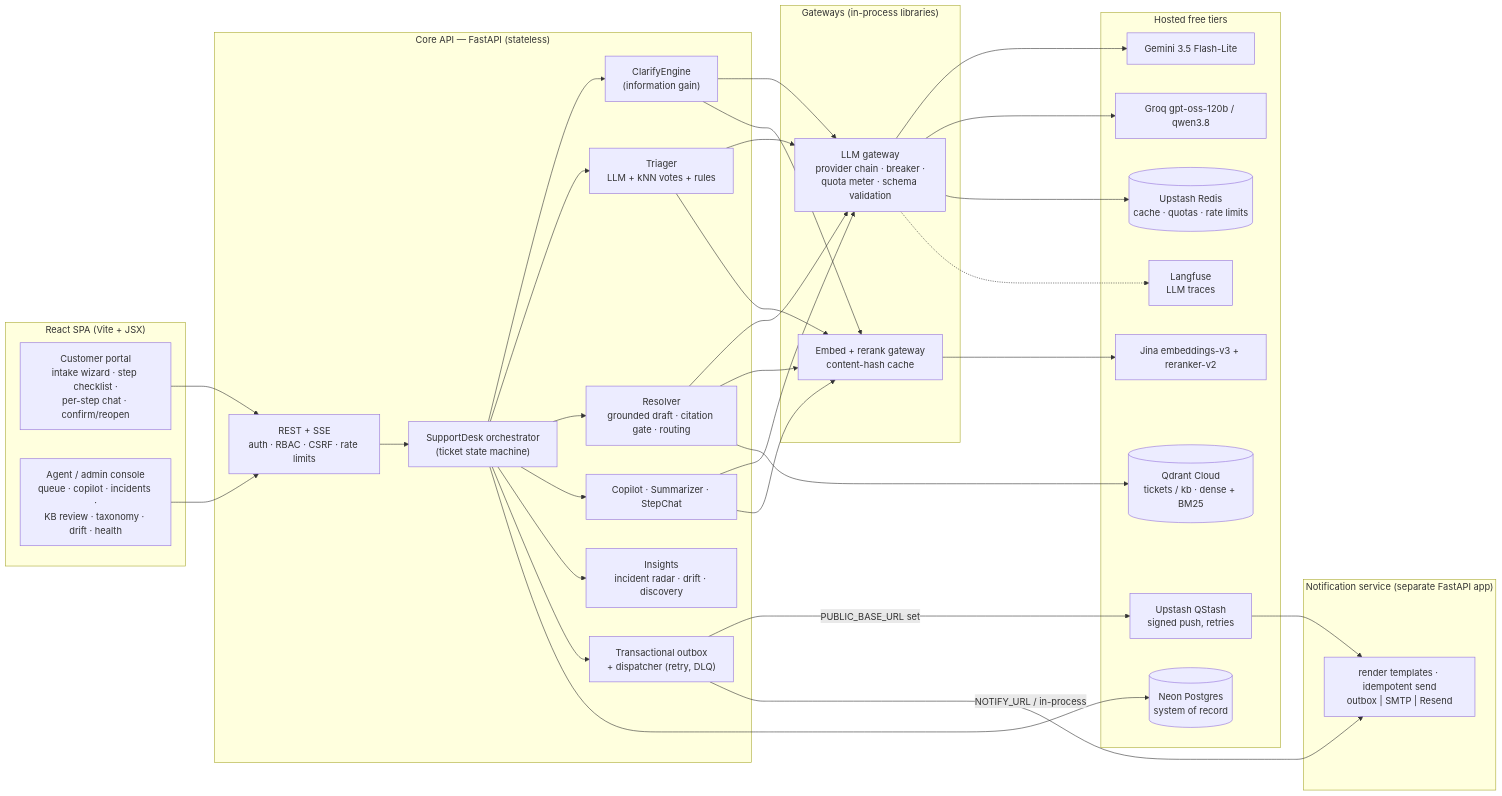
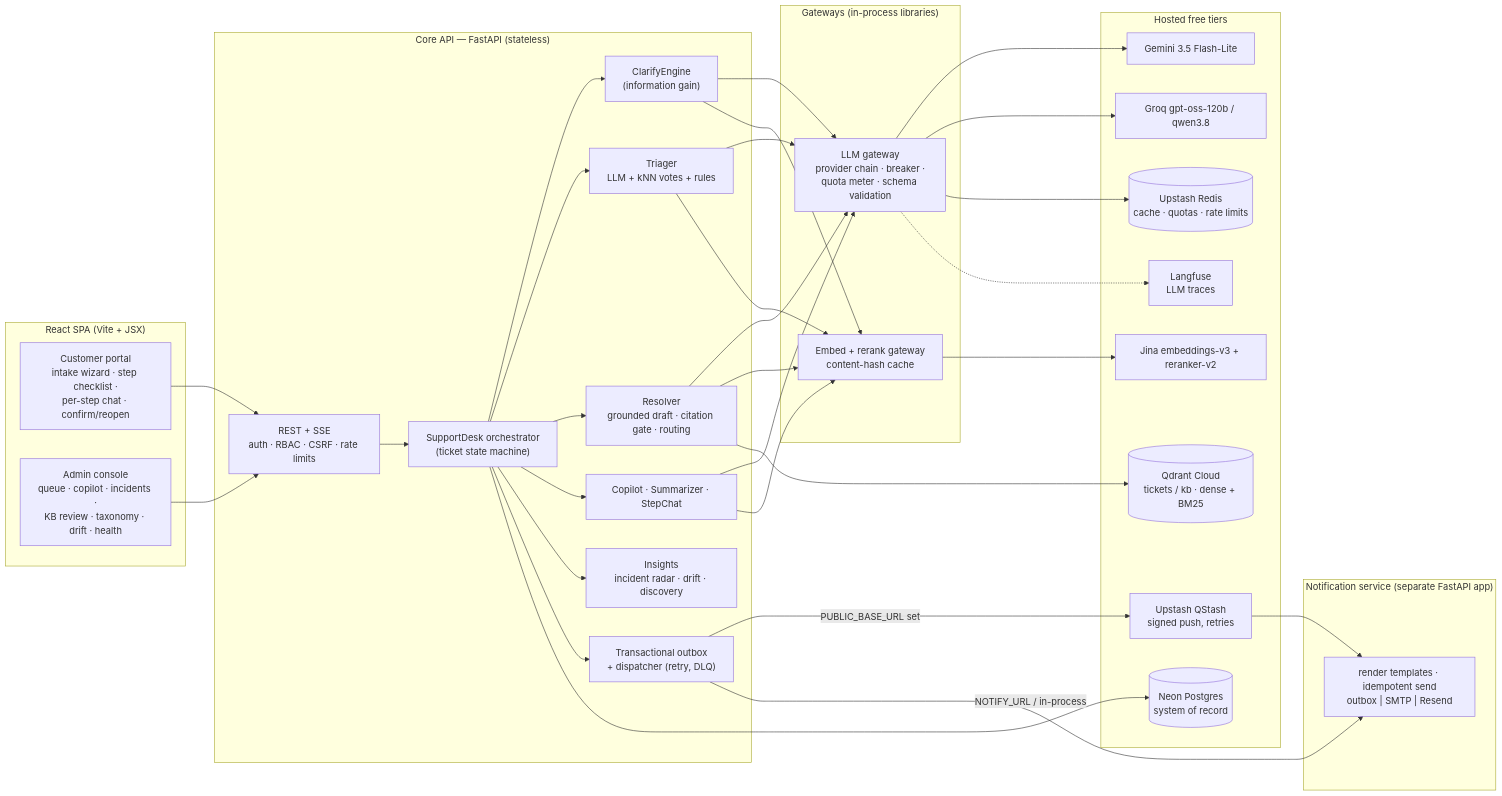
Before and after one commit to JJ1210-spec/telecom-support-resolution-assistant: the first of 4 diagrams in docs/architecture.md, drawn with Mermaid. The commit also changed other lines of this file and 41 other files, not shown here.

````diff
--- a/docs/architecture.md
+++ b/docs/architecture.md
@@ -12,50 +12,50 @@
 ```mermaid
 flowchart LR
   subgraph Client["React SPA (Vite + JSX)"]
     C["Customer portal<br/>intake wizard · step checklist ·<br/>per-step chat · confirm/reopen"]
-    A["Agent / admin console<br/>queue · copilot · incidents ·<br/>KB review · taxonomy · drift · health"]
+    A["Admin console<br/>queue · copilot · incidents ·<br/>KB review · taxonomy · drift · health"]
   end
 
   subgraph Core["Core API — FastAPI (stateless)"]
     API["REST + SSE<br/>auth · RBAC · CSRF · rate limits"]
     DESK["SupportDesk orchestrator<br/>(ticket state machine)"]
     CLR["ClarifyEngine<br/>(information gain)"]
     TRI["Triager<br/>LLM + kNN votes + rules"]
     RES["Resolver<br/>grounded draft · citation gate · routing"]
     AST["Copilot · Summarizer · StepChat"]
     INS["Insights<br/>incident radar · drift · discovery"]
     OUT["Transactional outbox<br/>+ dispatcher (retry, DLQ)"]
   end
 
   subgraph Notify["Notification service (separate FastAPI app)"]
     NS["render templates · idempotent send<br/>outbox | SMTP | Resend"]
   end
 
   subgraph Gateways["Gateways (in-process libraries)"]
     LLMG["LLM gateway<br/>provider chain · breaker ·<br/>quota meter · schema validation"]
     EMB["Embed + rerank gateway<br/>content-hash cache"]
   end
 
   subgraph Hosted["Hosted free tiers"]
     GEM["Gemini 3.5 Flash-Lite"]
     GROQ["Groq gpt-oss-120b / qwen3.8"]
     JINA["Jina embeddings-v3 + reranker-v2"]
     QD[("Qdrant Cloud<br/>tickets / kb · dense + BM25")]
     PG[("Neon Postgres<br/>system of record")]
     RD[("Upstash Redis<br/>cache · quotas · rate limits")]
     QS["Upstash QStash<br/>signed push, retries"]
     LF["Langfuse<br/>LLM traces"]
   end
 
   C & A --> API --> DESK
   DESK --> CLR & TRI & RES & AST & INS & OUT
   CLR & TRI & RES & AST --> LLMG & EMB
   LLMG --> GEM & GROQ
   EMB --> JINA
   RES --> QD
   DESK --> PG
   LLMG --> RD
   OUT -- "PUBLIC_BASE_URL set" --> QS --> NS
   OUT -- "NOTIFY_URL / in-process" --> NS
   LLMG -.-> LF
 ```
````
